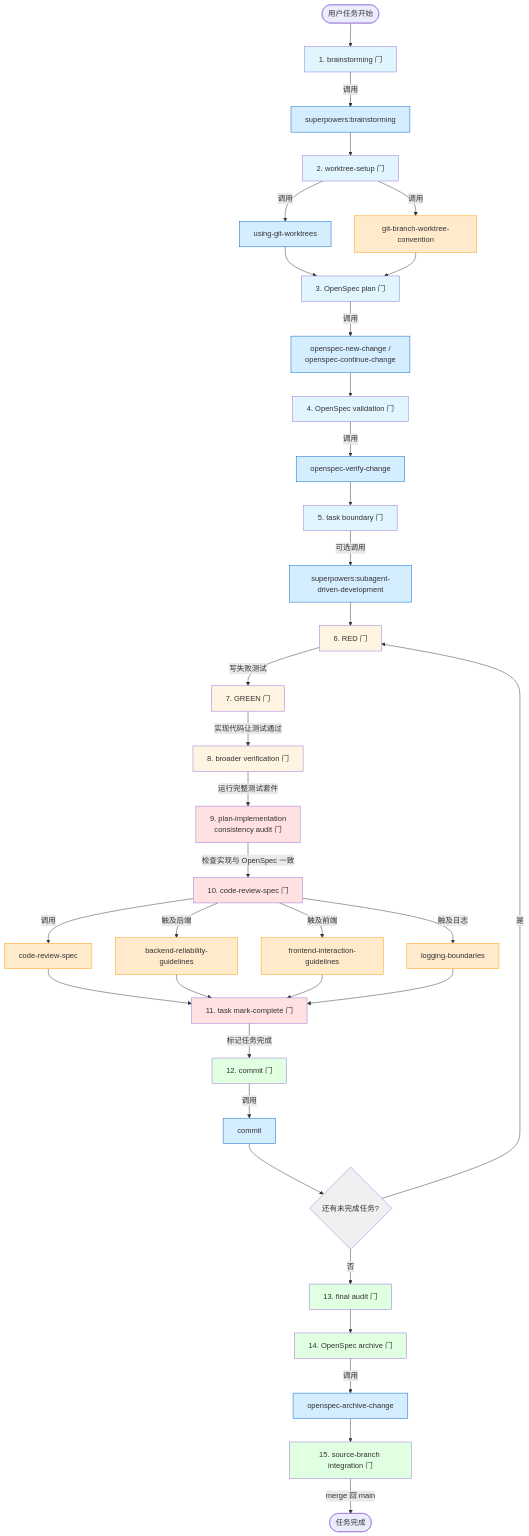
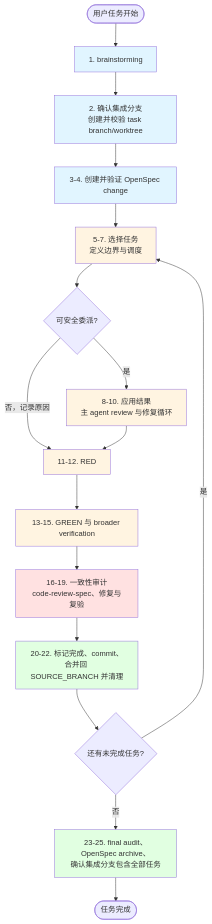
The diagram in DEVELOPMENT_WORKFLOW_GUIDE.md (lvdaxianer/skills), drawn with Mermaid before and after one commit. The commit also changed other lines of this file and 3 other files, not shown here.

````diff
--- a/DEVELOPMENT_WORKFLOW_GUIDE.md
+++ b/DEVELOPMENT_WORKFLOW_GUIDE.md
@@ -18,67 +23,29 @@
 ```mermaid
 flowchart TD
-    Start([用户任务开始]) --> G1[1. brainstorming 门]
-    G1 -->|调用| SK1[superpowers:brainstorming]
-    SK1 --> G2[2. worktree-setup 门]
-    G2 -->|调用| SK2[using-git-worktrees]
-    G2 -->|调用| SK3[git-branch-worktree-convention]
-    SK2 --> G3[3. OpenSpec plan 门]
-    SK3 --> G3
-    G3 -->|调用| SK4[openspec-new-change /<br/>openspec-continue-change]
-    SK4 --> G4[4. OpenSpec validation 门]
-    G4 -->|调用| SK5[openspec-verify-change]
-    SK5 --> G5[5. task boundary 门]
-    G5 -->|可选调用| SK6[superpowers:subagent-driven-development]
-    SK6 --> G6[6. RED 门]
-    G6 --> |写失败测试| G7[7. GREEN 门]
-    G7 --> |实现代码让测试通过| G8[8. broader verification 门]
-    G8 --> |运行完整测试套件| G9[9. plan-implementation<br/>consistency audit 门]
-    G9 --> |检查实现与 OpenSpec 一致| G10[10. code-review-spec 门]
-    G10 -->|调用| SK7[code-review-spec]
-    G10 -->|触及后端| SK8[backend-reliability-guidelines]
-    G10 -->|触及前端| SK9[frontend-interaction-guidelines]
-    G10 -->|触及日志| SK10[logging-boundaries]
-    SK7 --> G11[11. task mark-complete 门]
-    SK8 --> G11
-    SK9 --> G11
-    SK10 --> G11
-    G11 --> |标记任务完成| G12[12. commit 门]
-    G12 -->|调用| SK11[commit]
-    SK11 --> G13{还有未完成任务?}
-    G13 -->|是| G6
-    G13 -->|否| G14[13. final audit 门]
-    G14 --> G15[14. OpenSpec archive 门]
-    G15 -->|调用| SK12[openspec-archive-change]
-    SK12 --> G16[15. source-branch integration 门]
-    G16 --> |merge 回 main| End([任务完成])
+    Start([用户任务开始]) --> B[1. brainstorming]
+    B --> W[2. 确认集成分支<br/>创建并校验 task branch/worktree]
+    W --> P[3-4. 创建并验证 OpenSpec change]
+    P --> T[5-7. 选择任务<br/>定义边界与调度]
+    T --> D{可安全委派?}
+    D -->|是| R[8-10. 应用结果<br/>主 agent review 与修复循环]
+    D -->|否，记录原因| Red[11-12. RED]
+    R --> Red
+    Red --> Green[13-15. GREEN 与 broader verification]
+    Green --> Audit[16-19. 一致性审计<br/>code-review-spec、修复与复验]
+    Audit --> C[20-22. 标记完成、commit、<br/>合并回 SOURCE_BRANCH 并清理]
+    C --> More{还有未完成任务?}
+    More -->|是| T
+    More -->|否| F[23-25. final audit、OpenSpec archive、<br/>确认集成分支包含全部任务]
+    F --> End([任务完成])
     
-    style G1 fill:#e1f5ff
-    style G2 fill:#e1f5ff
-    style G3 fill:#e1f5ff
-    style G4 fill:#e1f5ff
-    style G5 fill:#e1f5ff
-    style G6 fill:#fff4e1
-    style G7 fill:#fff4e1
-    style G8 fill:#fff4e1
-    style G9 fill:#ffe1e1
-    style G10 fill:#ffe1e1
-    style G11 fill:#ffe1e1
-    style G12 fill:#e1ffe1
-    style G13 fill:#f0f0f0
-    style G14 fill:#e1ffe1
-    style G15 fill:#e1ffe1
-    style G16 fill:#e1ffe1
-    
-    style SK1 fill:#d4edff,stroke:#0066cc
-    style SK2 fill:#d4edff,stroke:#0066cc
-    style SK3 fill:#ffebcc,stroke:#ff9900
-    style SK4 fill:#d4edff,stroke:#0066cc
-    style SK5 fill:#d4edff,stroke:#0066cc
-    style SK6 fill:#d4edff,stroke:#0066cc
-    style SK7 fill:#ffebcc,stroke:#ff9900
-    style SK8 fill:#ffebcc,stroke:#ff9900
-    style SK9 fill:#ffebcc,stroke:#ff9900
-    style SK10 fill:#ffebcc,stroke:#ff9900
-    style SK11 fill:#d4edff,stroke:#0066cc
-    style SK12 fill:#d4edff,stroke:#0066cc
+    style B fill:#e1f5ff
+    style W fill:#e1f5ff
+    style P fill:#e1f5ff
+    style T fill:#fff4e1
+    style R fill:#fff4e1
+    style Red fill:#fff4e1
+    style Green fill:#fff4e1
+    style Audit fill:#ffe1e1
+    style C fill:#e1ffe1
+    style F fill:#e1ffe1
 ```
````
